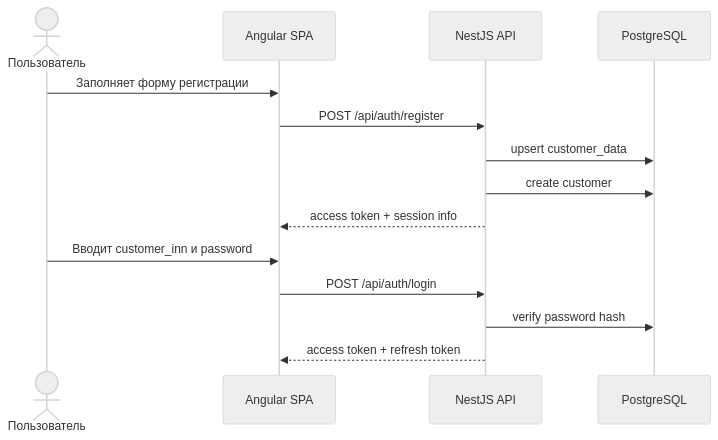
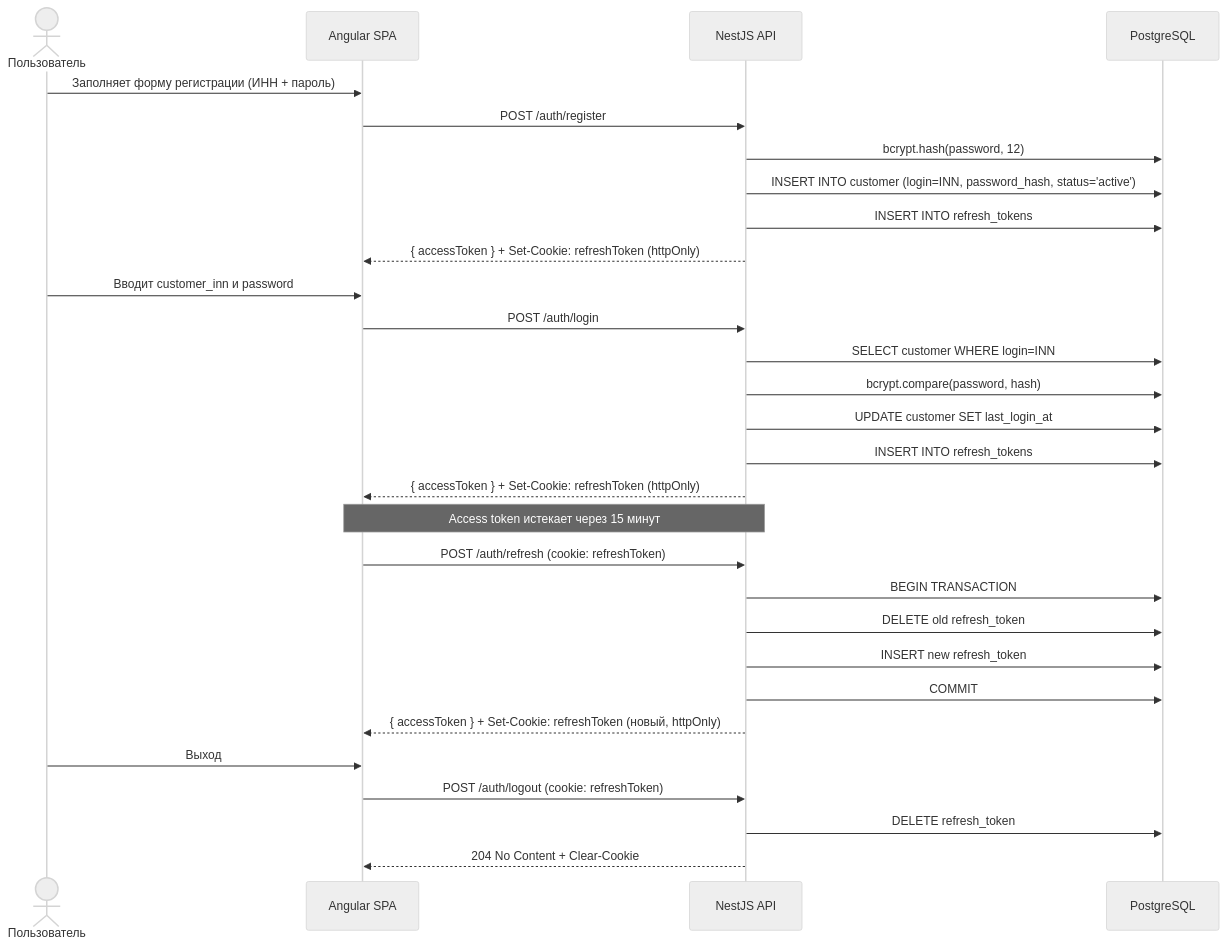
The fourth of 6 diagrams in project-spec.md (R1ikKky/intelligent-ai-search), drawn with Mermaid (neutral theme) before and after one commit. The commit also changed other lines of this file and 19 other files, not shown here.

````diff
--- a/project-spec.md
+++ b/project-spec.md
@@ -540,18 +539,36 @@
 ```mermaid
 sequenceDiagram
     actor User as Пользователь
     participant FE as Angular SPA
     participant API as NestJS API
     participant DB as PostgreSQL
 
-    User->>FE: Заполняет форму регистрации
-    FE->>API: POST /api/auth/register
-    API->>DB: upsert customer_data
-    API->>DB: create customer
-    API-->>FE: access token + session info
+    User->>FE: Заполняет форму регистрации (ИНН + пароль)
+    FE->>API: POST /auth/register
+    API->>DB: bcrypt.hash(password, 12)
+    API->>DB: INSERT INTO customer (login=INN, password_hash, status='active')
+    API->>DB: INSERT INTO refresh_tokens
+    API-->>FE: { accessToken } + Set-Cookie: refreshToken (httpOnly)
 
     User->>FE: Вводит customer_inn и password
-    FE->>API: POST /api/auth/login
-    API->>DB: verify password hash
-    API-->>FE: access token + refresh token
+    FE->>API: POST /auth/login
+    API->>DB: SELECT customer WHERE login=INN
+    API->>DB: bcrypt.compare(password, hash)
+    API->>DB: UPDATE customer SET last_login_at
+    API->>DB: INSERT INTO refresh_tokens
+    API-->>FE: { accessToken } + Set-Cookie: refreshToken (httpOnly)
+
+    Note over FE,API: Access token истекает через 15 минут
+
+    FE->>API: POST /auth/refresh (cookie: refreshToken)
+    API->>DB: BEGIN TRANSACTION
+    API->>DB: DELETE old refresh_token
+    API->>DB: INSERT new refresh_token
+    API->>DB: COMMIT
+    API-->>FE: { accessToken } + Set-Cookie: refreshToken (новый, httpOnly)
+
+    User->>FE: Выход
+    FE->>API: POST /auth/logout (cookie: refreshToken)
+    API->>DB: DELETE refresh_token
+    API-->>FE: 204 No Content + Clear-Cookie
 ```
````
